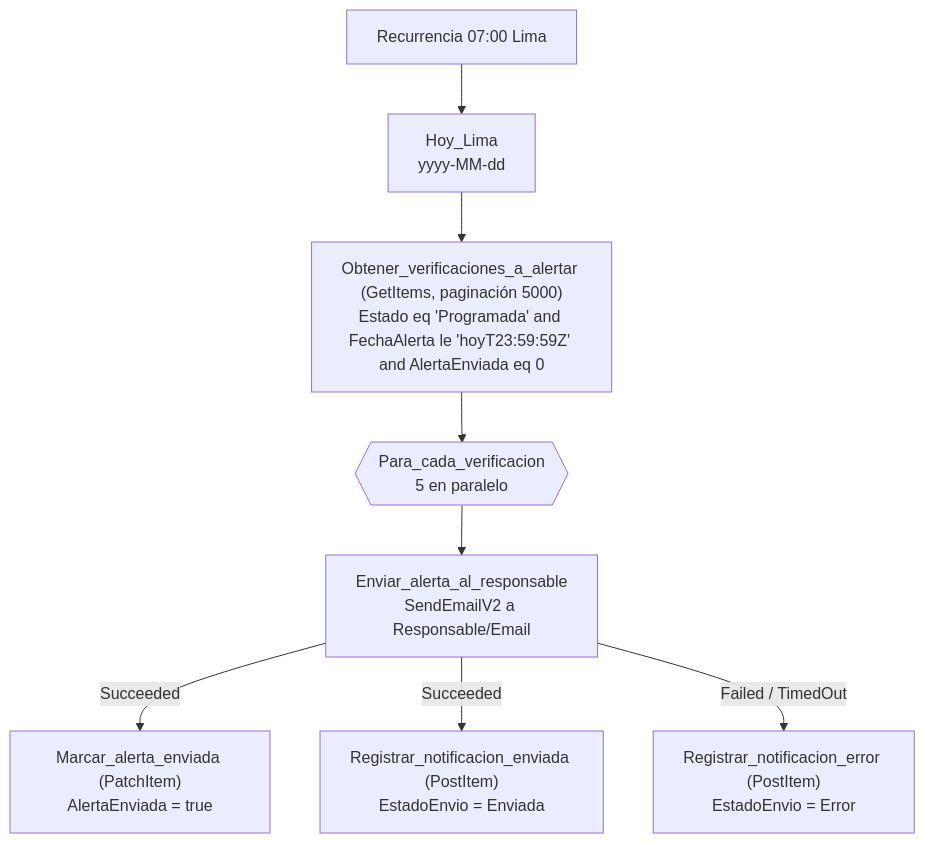
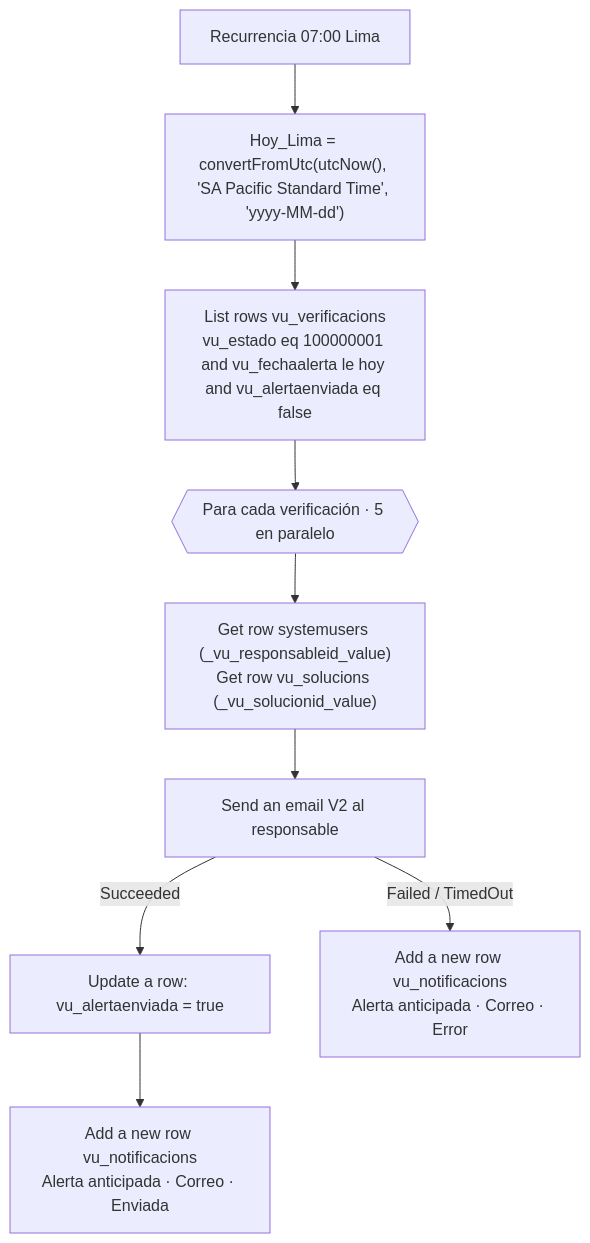
Before and after one commit to Biomont-Soluciones-Agiles/verificaciones-uso: the diagram in infra/power-automate/F1-AlertaAnticipada/README.md, drawn with Mermaid. The commit also changed other lines of this file and 119 other files, not shown here.

````diff
--- a/infra/power-automate/F1-AlertaAnticipada/README.md
+++ b/infra/power-automate/F1-AlertaAnticipada/README.md
@@ -15,10 +15,10 @@
 ```mermaid
 flowchart TD
-    T[Recurrencia 07:00 Lima] --> H[Hoy_Lima<br/>yyyy-MM-dd]
-    H --> G["Obtener_verificaciones_a_alertar (GetItems, paginación 5000)<br/>Estado eq 'Programada' and FechaAlerta le 'hoyT23:59:59Z' and AlertaEnviada eq 0"]
-    G --> L{{Para_cada_verificacion<br/>5 en paralelo}}
-    L --> M[Enviar_alerta_al_responsable<br/>SendEmailV2 a Responsable/Email]
-    M -- Succeeded --> P["Marcar_alerta_enviada (PatchItem)<br/>AlertaEnviada = true"]
-    M -- Succeeded --> N1["Registrar_notificacion_enviada (PostItem)<br/>EstadoEnvio = Enviada"]
-    M -- Failed / TimedOut --> N2["Registrar_notificacion_error (PostItem)<br/>EstadoEnvio = Error"]
+    T[Recurrencia 07:00 Lima] --> H["Hoy_Lima = convertFromUtc(utcNow(), 'SA Pacific Standard Time', 'yyyy-MM-dd')"]
+    H --> L["List rows vu_verificacions<br/>vu_estado eq 100000001 and vu_fechaalerta le hoy and vu_alertaenviada eq false"]
+    L --> B{{Para cada verificación · 5 en paralelo}}
+    B --> U["Get row systemusers (_vu_responsableid_value)<br/>Get row vu_solucions (_vu_solucionid_value)"]
+    U --> M[Send an email V2 al responsable]
+    M -- Succeeded --> A["Update a row: vu_alertaenviada = true"] --> N1["Add a new row vu_notificacions<br/>Alerta anticipada · Correo · Enviada"]
+    M -- Failed / TimedOut --> N2["Add a new row vu_notificacions<br/>Alerta anticipada · Correo · Error"]
 ```
````
